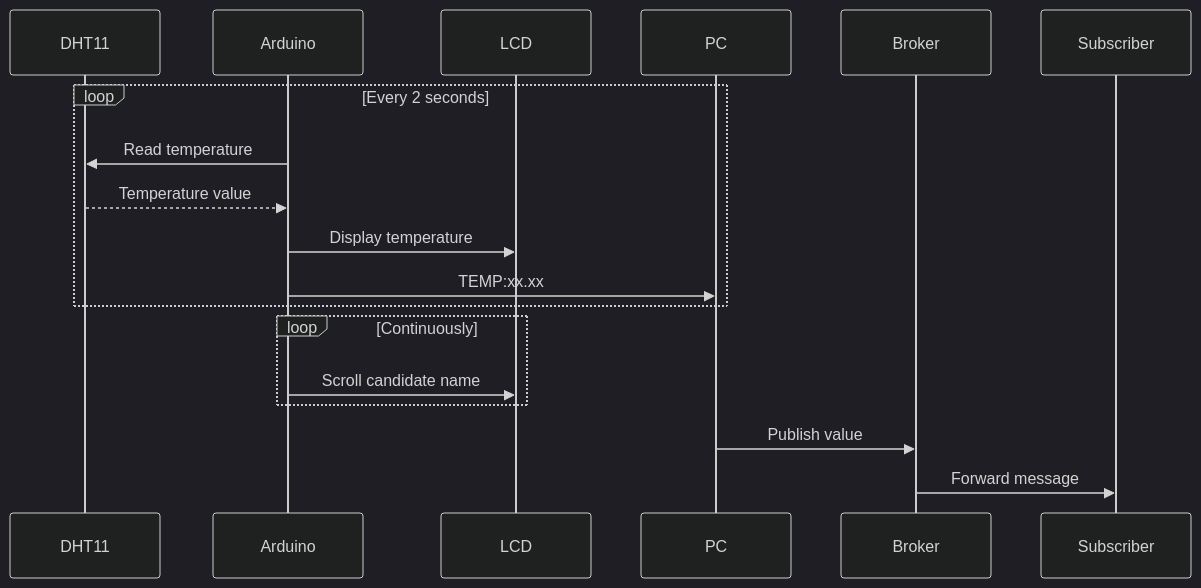
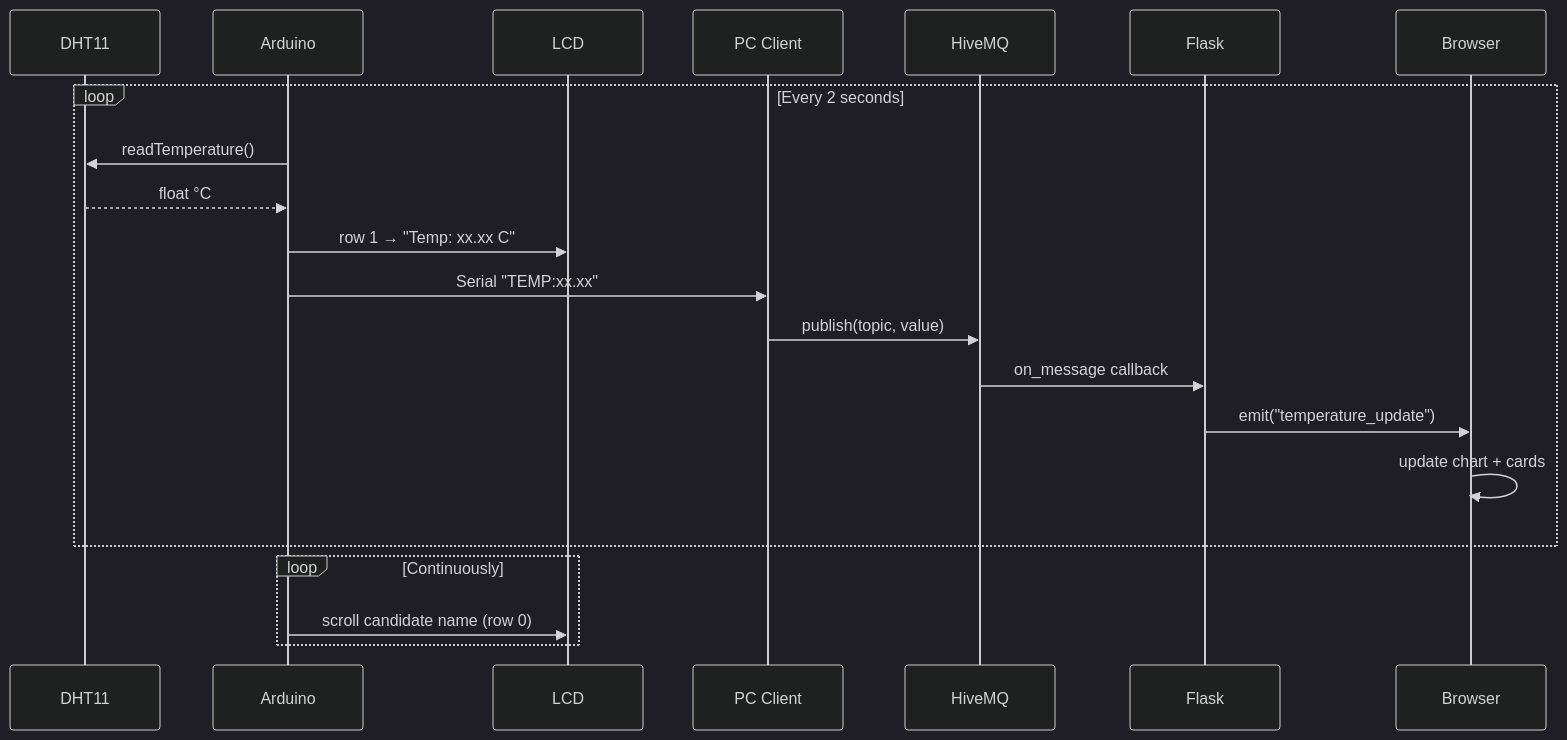
Before and after one commit to DonDurkheim/temperature-monitoring-system: the second of 2 diagrams in README.md, drawn with Mermaid (dark theme). The commit also changed other lines of this file, not shown here.

````diff
--- a/README.md
+++ b/README.md
@@ -65,23 +65,25 @@
 ```mermaid
 sequenceDiagram
     participant DHT11
     participant Arduino
     participant LCD
-    participant PC
-    participant Broker
-    participant Subscriber
+    participant PC as PC Client
+    participant Broker as HiveMQ
+    participant Flask
+    participant Browser
 
     loop Every 2 seconds
-        Arduino->>DHT11: Read temperature
-        DHT11-->>Arduino: Temperature value
-        Arduino->>LCD: Display temperature
-        Arduino->>PC: TEMP:xx.xx
+        Arduino->>DHT11: readTemperature()
+        DHT11-->>Arduino: float °C
+        Arduino->>LCD: row 1 → "Temp: xx.xx C"
+        Arduino->>PC: Serial "TEMP:xx.xx"
+        PC->>Broker: publish(topic, value)
+        Broker->>Flask: on_message callback
+        Flask->>Browser: emit("temperature_update")
+        Browser->>Browser: update chart + cards
     end
 
     loop Continuously
-        Arduino->>LCD: Scroll candidate name
+        Arduino->>LCD: scroll candidate name (row 0)
     end
-
-    PC->>Broker: Publish value
-    Broker->>Subscriber: Forward message
 ```
````
